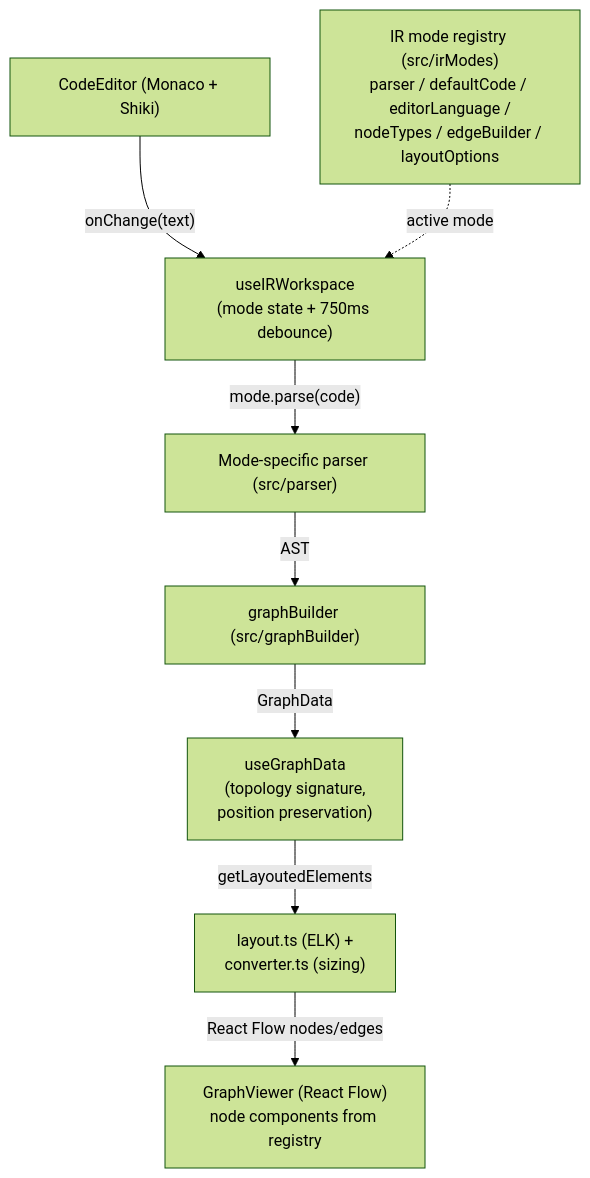
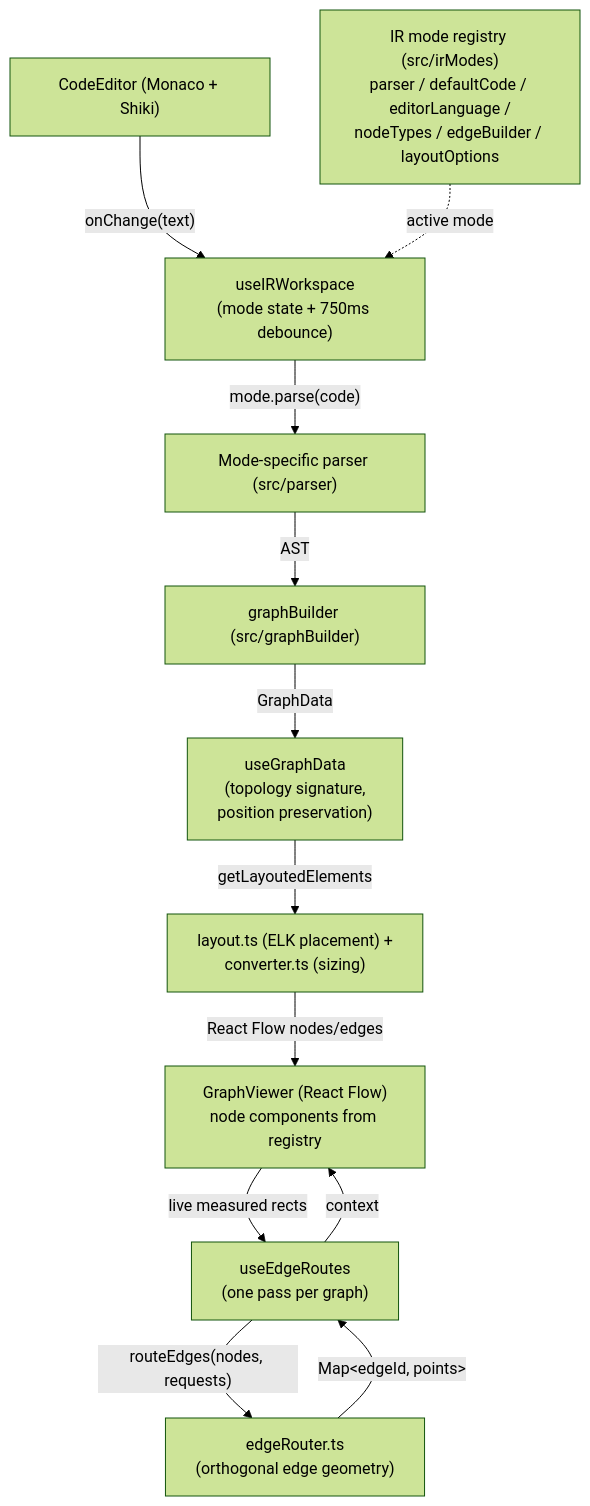
The diagram in docs/internal/architecture.md (himadajin/ir-visualizer), drawn with Mermaid (forest theme) before and after one commit. The commit also changed other lines of this file and 19 other files, not shown here.

First line of the commit message:
feat: route edges live from measured node rects instead of a stored ELK snapshot (#72)

````diff
--- a/docs/internal/architecture.md
+++ b/docs/internal/architecture.md
@@ -7,10 +7,14 @@
 ```mermaid
 flowchart TD
   Editor["CodeEditor (Monaco + Shiki)"] -->|"onChange(text)"| Workspace["useIRWorkspace<br/>(mode state + 750ms debounce)"]
   Registry["IR mode registry (src/irModes)<br/>parser / defaultCode / editorLanguage /<br/>nodeTypes / edgeBuilder / layoutOptions"] -.->|"active mode"| Workspace
   Workspace -->|"mode.parse(code)"| Parser["Mode-specific parser (src/parser)"]
   Parser -->|AST| Builder["graphBuilder (src/graphBuilder)"]
   Builder -->|GraphData| GraphHook["useGraphData<br/>(topology signature,<br/>position preservation)"]
-  GraphHook -->|"getLayoutedElements"| Layout["layout.ts (ELK) +<br/>converter.ts (sizing)"]
+  GraphHook -->|"getLayoutedElements"| Layout["layout.ts (ELK placement) +<br/>converter.ts (sizing)"]
   Layout -->|"React Flow nodes/edges"| Viewer["GraphViewer (React Flow)<br/>node components from registry"]
+  Viewer -->|"live measured rects"| Routes["useEdgeRoutes<br/>(one pass per graph)"]
+  Routes -->|"routeEdges(nodes, requests)"| Router["edgeRouter.ts<br/>(orthogonal edge geometry)"]
+  Router -->|"Map&lt;edgeId, points&gt;"| Routes
+  Routes -->|"context"| Viewer
 ```
````
